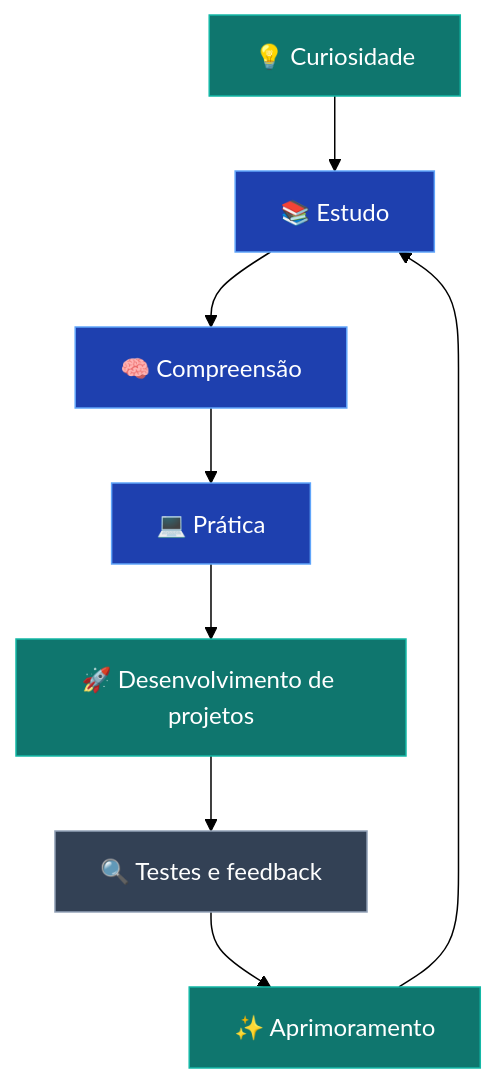
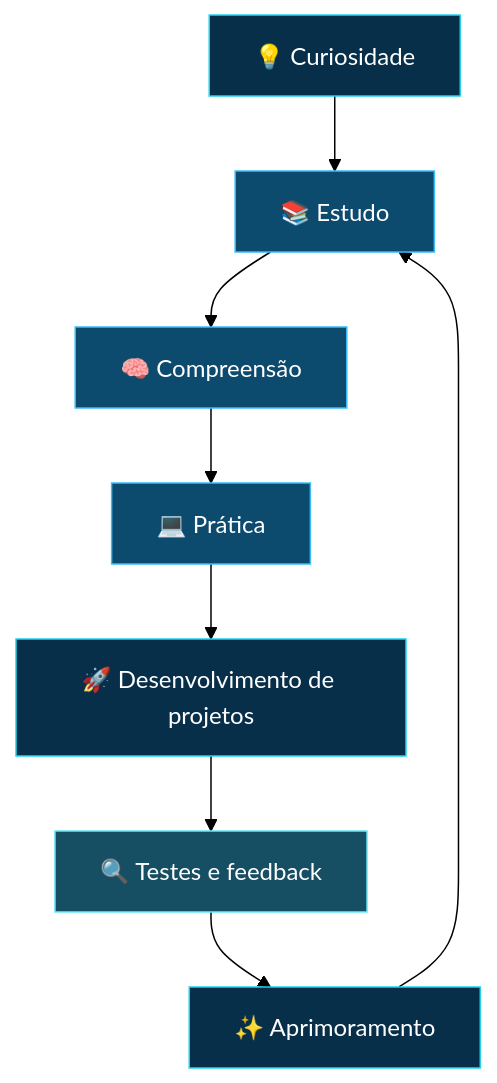
One commit to franzkramerfr-dev/franzkramerfr-dev changed the diagram in README.md. Above: the diagram before and after it, drawn with Mermaid (forest theme). The commit also changed other lines of this file, not shown here.

````diff
--- a/README.md
+++ b/README.md
@@ -166,18 +121,18 @@
 ```mermaid
 flowchart TD
     A["💡 Curiosidade"] --> B["📚 Estudo"]
     B --> C["🧠 Compreensão"]
     C --> D["💻 Prática"]
     D --> E["🚀 Desenvolvimento de projetos"]
     E --> F["🔍 Testes e feedback"]
     F --> G["✨ Aprimoramento"]
     G --> B
 
-    style A fill:#0f766e,stroke:#14b8a6,color:#ffffff
-    style B fill:#1e40af,stroke:#60a5fa,color:#ffffff
-    style C fill:#1e40af,stroke:#60a5fa,color:#ffffff
-    style D fill:#1e40af,stroke:#60a5fa,color:#ffffff
-    style E fill:#0f766e,stroke:#14b8a6,color:#ffffff
-    style F fill:#334155,stroke:#94a3b8,color:#ffffff
-    style G fill:#0f766e,stroke:#14b8a6,color:#ffffff
+    style A fill:#082f49,stroke:#22d3ee,color:#ffffff
+    style B fill:#0c4a6e,stroke:#38bdf8,color:#ffffff
+    style C fill:#0c4a6e,stroke:#38bdf8,color:#ffffff
+    style D fill:#0c4a6e,stroke:#38bdf8,color:#ffffff
+    style E fill:#082f49,stroke:#22d3ee,color:#ffffff
+    style F fill:#164e63,stroke:#67e8f9,color:#ffffff
+    style G fill:#082f49,stroke:#22d3ee,color:#ffffff
 ```
````
